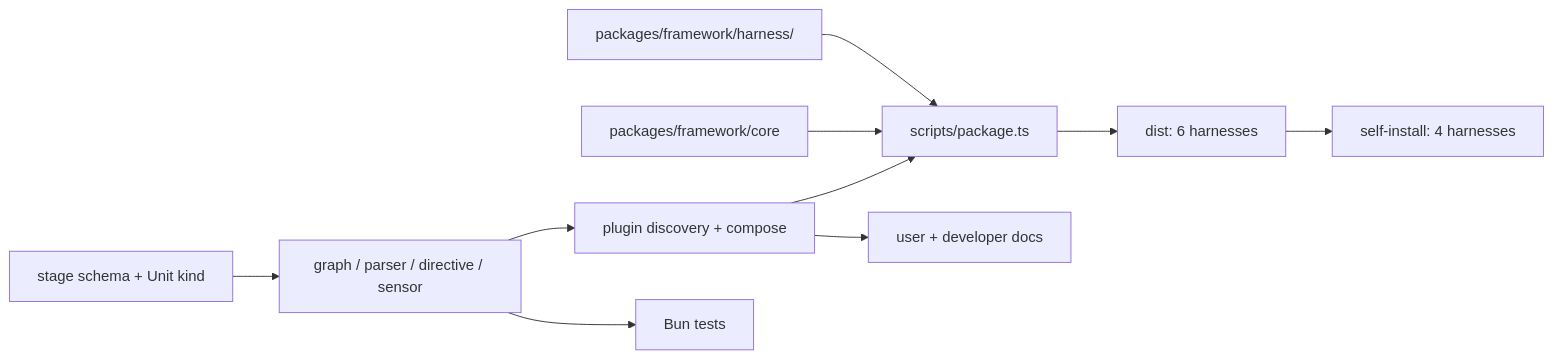
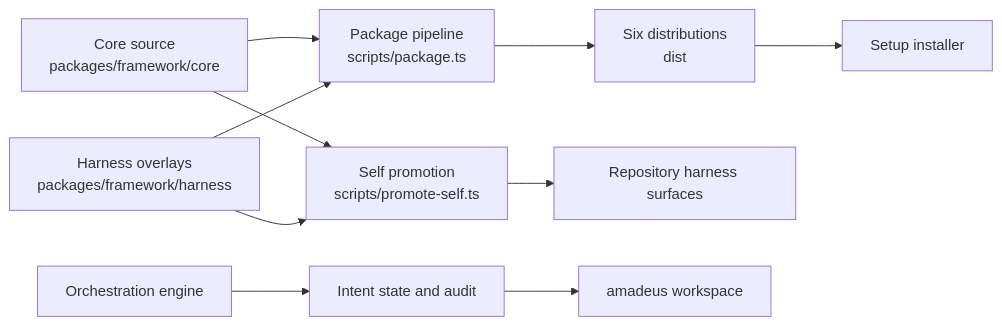
The first of 3 diagrams in amadeus/spaces/default/codekb/amadeus/architecture.md (amadeus-dlc/amadeus), drawn with Mermaid before and after one commit. The commit also changed other lines of this file and 144 other files, not shown here.

````diff
--- a/amadeus/spaces/default/codekb/amadeus/architecture.md
+++ b/amadeus/spaces/default/codekb/amadeus/architecture.md
@@ -53,12 +7,12 @@
 ```mermaid
 flowchart LR
-  Schema["stage schema + Unit kind"] --> Graph["graph / parser / directive / sensor"]
-  Graph --> Plugin["plugin discovery + compose"]
-  Plugin --> Package["scripts/package.ts"]
-  Core["packages/framework/core"] --> Package
-  Harness["packages/framework/harness/<name>"] --> Package
-  Package --> Dist["dist: 6 harnesses"]
-  Dist --> Install["self-install: 4 harnesses"]
-  Graph --> Tests["Bun tests"]
-  Plugin --> Docs["user + developer docs"]
+  Core["Core source<br/>packages/framework/core"] --> Packager["Package pipeline<br/>scripts/package.ts"]
+  Harness["Harness overlays<br/>packages/framework/harness"] --> Packager
+  Packager --> Dist["Six distributions<br/>dist"]
+  Dist --> Installer["Setup installer"]
+  Core --> Promote["Self promotion<br/>scripts/promote-self.ts"]
+  Harness --> Promote
+  Promote --> Self["Repository harness surfaces"]
+  Engine["Orchestration engine"] --> State["Intent state and audit"]
+  State --> Record["amadeus workspace"]
 ```
````
